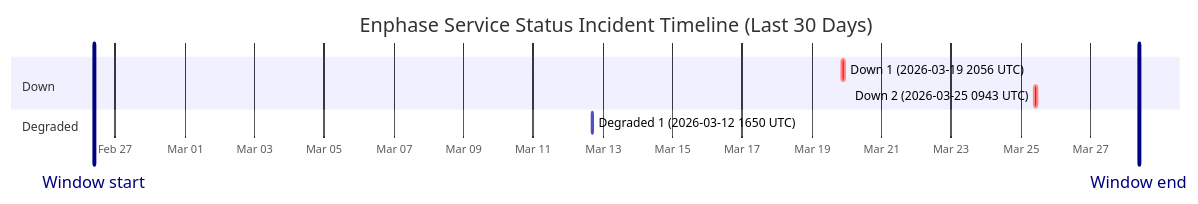
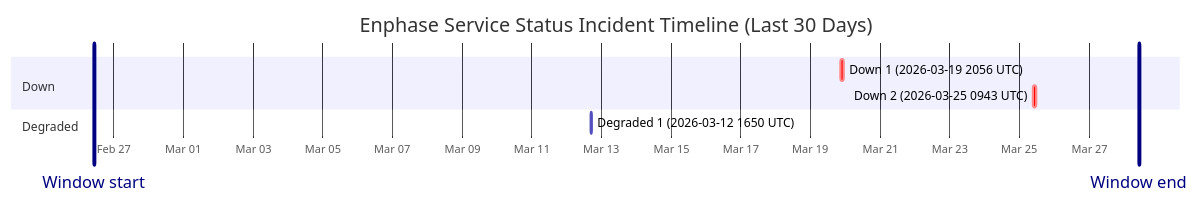
One commit to barneyonline/ha-enphase-ev-charger changed the diagram in wiki/Service-Status-History.md. Above: the diagram before and after it, drawn with Mermaid. The commit also changed other lines of this file and 3 other files, not shown here.

````diff
--- a/wiki/Service-Status-History.md
+++ b/wiki/Service-Status-History.md
@@ -14,13 +14,13 @@
 ```mermaid
 gantt
     title Enphase Service Status Incident Timeline (Last 30 Days)
     dateFormat  YYYY-MM-DDTHH:mm:ss
     axisFormat  %b %d
-    Window start :vert, window-start, 2026-02-26T09:27:50, 0ms
-    Window end :vert, window-end, 2026-03-28T09:27:50, 0ms
+    Window start :vert, window-start, 2026-02-26T10:22:59, 0ms
+    Window end :vert, window-end, 2026-03-28T10:22:59, 0ms
     section Down
     Down 1 (2026-03-19 2056 UTC) :crit, down-1, 2026-03-19T20:56:20, 145m
     Down 2 (2026-03-25 0943 UTC) :crit, down-2, 2026-03-25T09:43:28, 111m
     section Degraded
     Degraded 1 (2026-03-12 1650 UTC) :active, degraded-1, 2026-03-12T16:50:43, 60m
 ```
````
